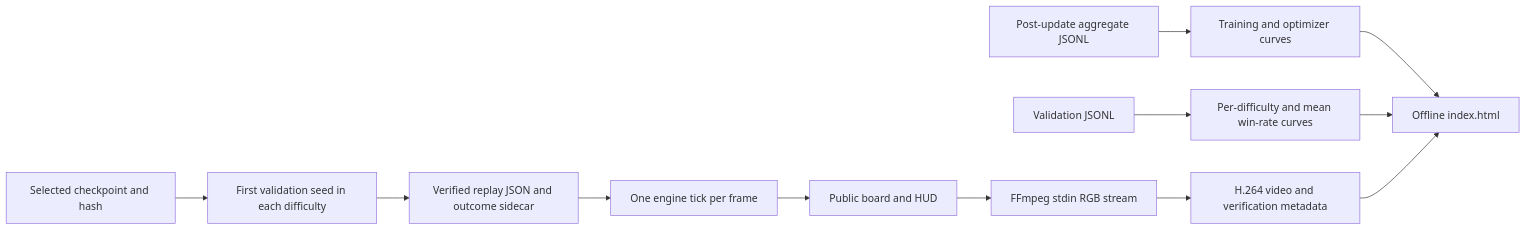
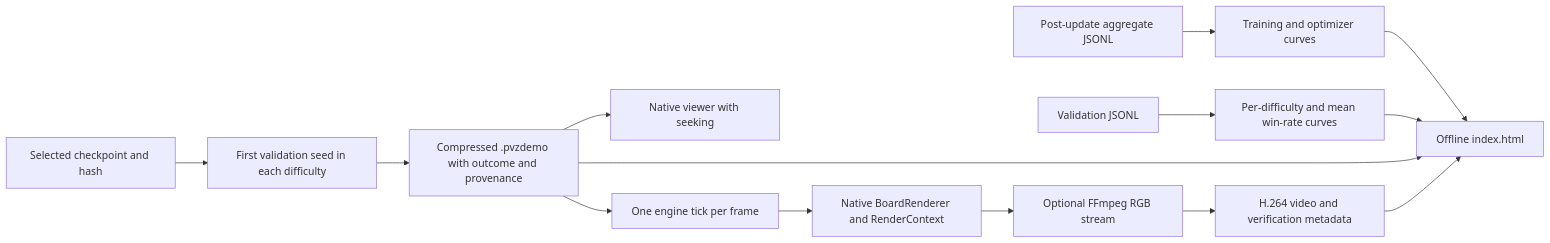
Before and after one commit to Comb1e/RL-Pvz: the fifth of 6 diagrams in docs/architecture.md, drawn with Mermaid. The commit also changed other lines of this file and 24 other files, not shown here.

````diff
--- a/docs/architecture.md
+++ b/docs/architecture.md
@@ -132,14 +145,16 @@
 ```mermaid
 flowchart LR
     Metrics[Post-update aggregate JSONL] --> Charts[Training and optimizer curves]
     Validation[Validation JSONL] --> Curves[Per-difficulty and mean win-rate curves]
     Best[Selected checkpoint and hash] --> Cases[First validation seed in each difficulty]
-    Cases --> Replay[Verified replay JSON and outcome sidecar]
+    Cases --> Replay[Compressed .pvzdemo with outcome and provenance]
+    Replay --> Viewer[Native viewer with seeking]
     Replay --> Playback[One engine tick per frame]
-    Playback --> Frames[Public board and HUD]
-    Frames --> Encoder[FFmpeg stdin RGB stream]
+    Playback --> Frames[Native BoardRenderer and RenderContext]
+    Frames --> Encoder[Optional FFmpeg RGB stream]
     Encoder --> MP4[H.264 video and verification metadata]
     Charts --> HTML[Offline index.html]
     Curves --> HTML
+    Replay --> HTML
     MP4 --> HTML
 ```
````
